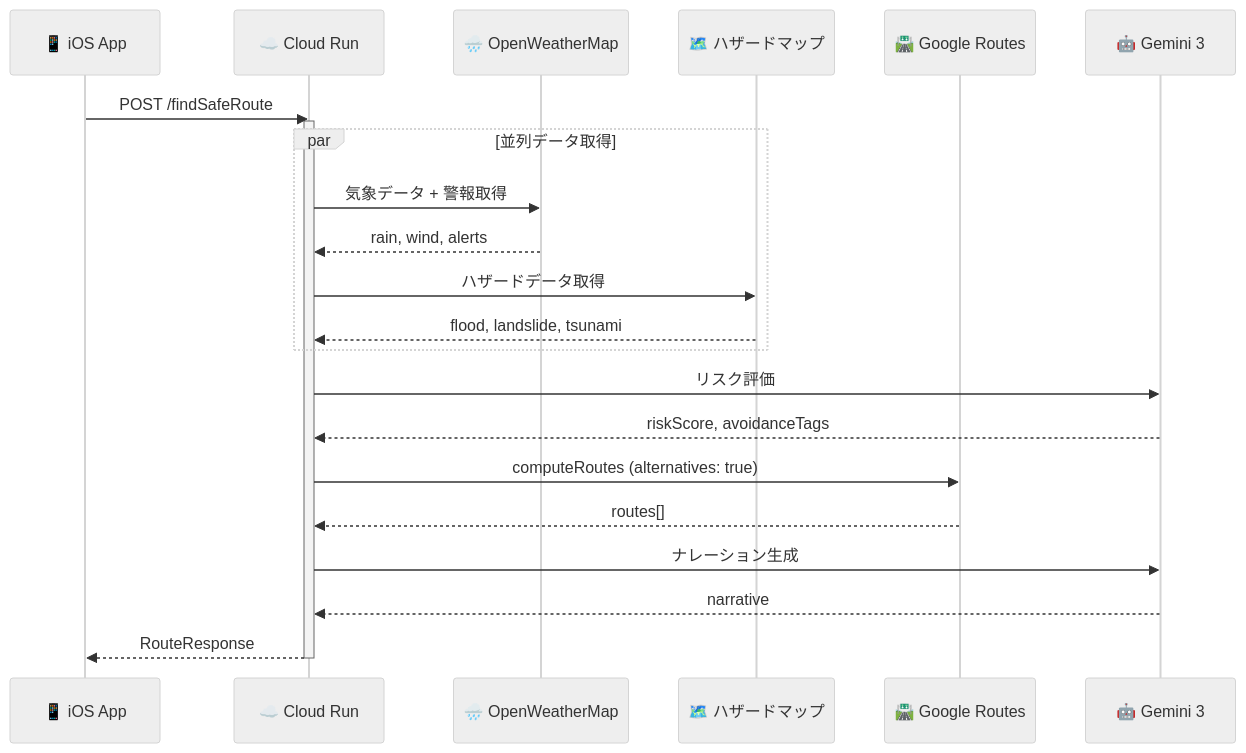
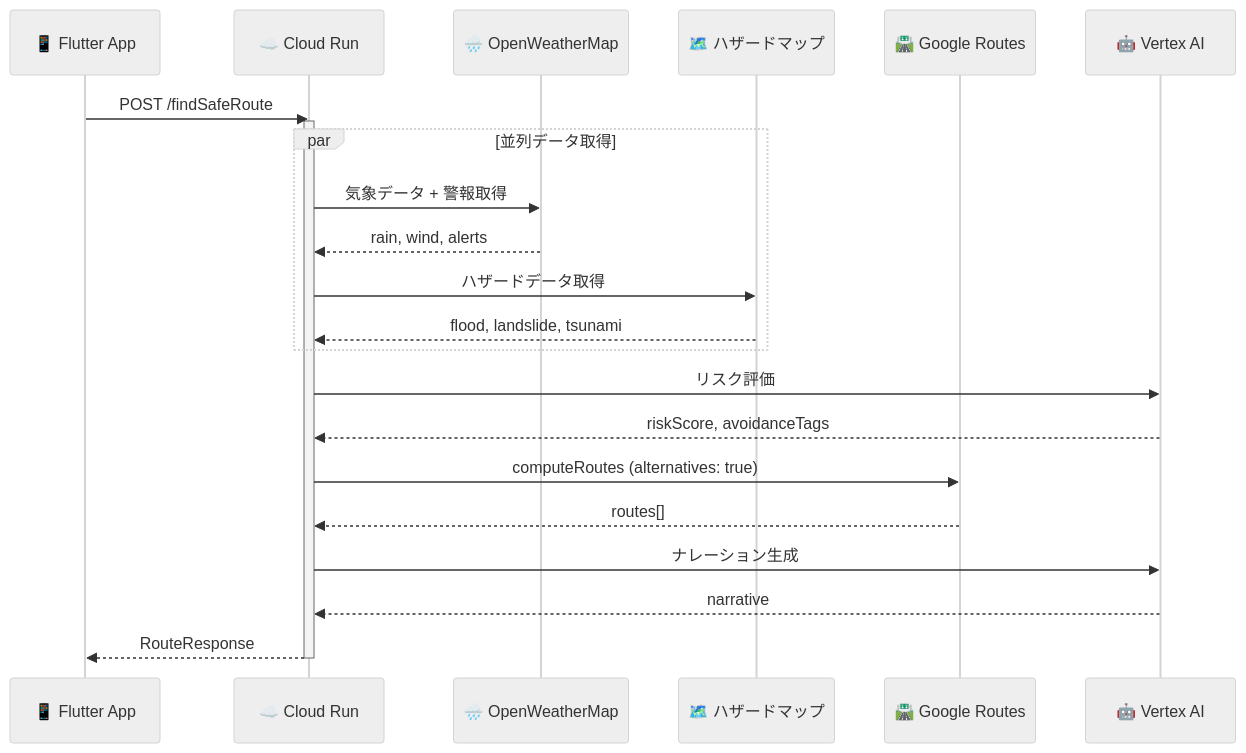
Before and after one commit to Ryg-appdev/safe-routing-ai-navigation: the first of 2 diagrams in Docs/確定/06_API仕様書.md, drawn with Mermaid (neutral theme). The commit also changed other lines of this file and 12 other files, not shown here.

Commit message:
docs: 全ドキュメントの整合性を修正（Flutter/Vertex AI/ADK統一）

````diff
--- a/Docs/確定/06_API仕様書.md
+++ b/Docs/確定/06_API仕様書.md
@@ -5,31 +5,31 @@
 ```mermaid
 sequenceDiagram
-    participant iOS as 📱 iOS App
+    participant App as 📱 Flutter App
     participant CR as ☁️ Cloud Run
     participant W as 🌧️ OpenWeatherMap
     participant H as 🗺️ ハザードマップ
     participant R as 🛣️ Google Routes
-    participant G3 as 🤖 Gemini 3
+    participant G3 as 🤖 Vertex AI
 
-    iOS->>CR: POST /findSafeRoute
+    App->>CR: POST /findSafeRoute
     activate CR
     
     par 並列データ取得
         CR->>W: 気象データ + 警報取得
         W-->>CR: rain, wind, alerts
         CR->>H: ハザードデータ取得
         H-->>CR: flood, landslide, tsunami
     end
     
     CR->>G3: リスク評価
     G3-->>CR: riskScore, avoidanceTags
     
     CR->>R: computeRoutes (alternatives: true)
     R-->>CR: routes[]
     
     CR->>G3: ナレーション生成
     G3-->>CR: narrative
     
-    CR-->>iOS: RouteResponse
+    CR-->>App: RouteResponse
     deactivate CR
 ```
````
